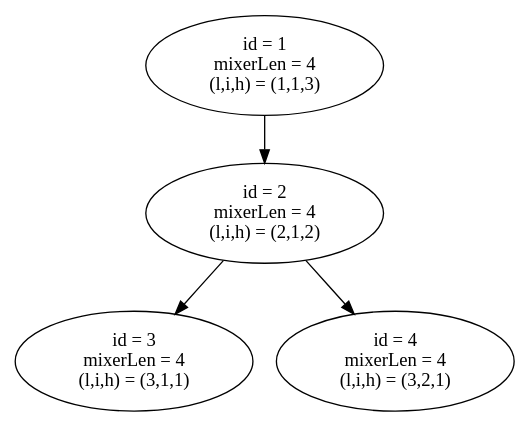
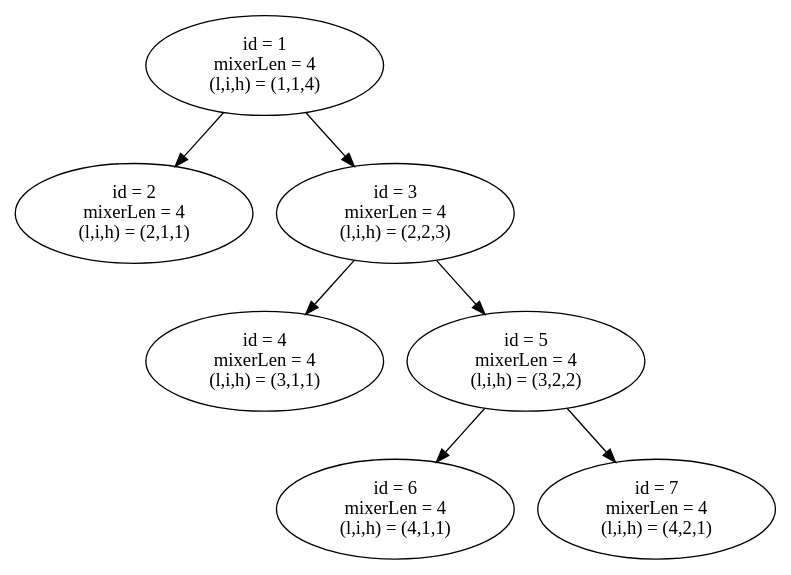
Before and after one commit to AbhikKhan/ApproximatedSAT: the diagram in PossibleRatios/skeletonTreeAfterAdding_lih.dot, drawn with Graphviz. The commit also changed 3077 other files, not shown here.

```diff
--- a/PossibleRatios/skeletonTreeAfterAdding_lih.dot
+++ b/PossibleRatios/skeletonTreeAfterAdding_lih.dot
@@ -1,10 +1,16 @@
 digraph "DD" { 
 graph [ ordering = "out"];
-1 [label = "id = 1\n mixerLen = 4 \n (l,i,h) = (1,1,3)"] 
-2 [label = "id = 2\n mixerLen = 4 \n (l,i,h) = (2,1,2)"] 
-3 [label = "id = 3\n mixerLen = 4 \n (l,i,h) = (3,1,1)"] 
-4 [label = "id = 4\n mixerLen = 4 \n (l,i,h) = (3,2,1)"] 
+1 [label = "id = 1\n mixerLen = 4 \n (l,i,h) = (1,1,4)"] 
+2 [label = "id = 2\n mixerLen = 4 \n (l,i,h) = (2,1,1)"] 
+3 [label = "id = 3\n mixerLen = 4 \n (l,i,h) = (2,2,3)"] 
+4 [label = "id = 4\n mixerLen = 4 \n (l,i,h) = (3,1,1)"] 
+5 [label = "id = 5\n mixerLen = 4 \n (l,i,h) = (3,2,2)"] 
+6 [label = "id = 6\n mixerLen = 4 \n (l,i,h) = (4,1,1)"] 
+7 [label = "id = 7\n mixerLen = 4 \n (l,i,h) = (4,2,1)"] 
 1 -> 2;
-2 -> 3;
-2 -> 4;
+1 -> 3;
+3 -> 4;
+3 -> 5;
+5 -> 6;
+5 -> 7;
 }
```
